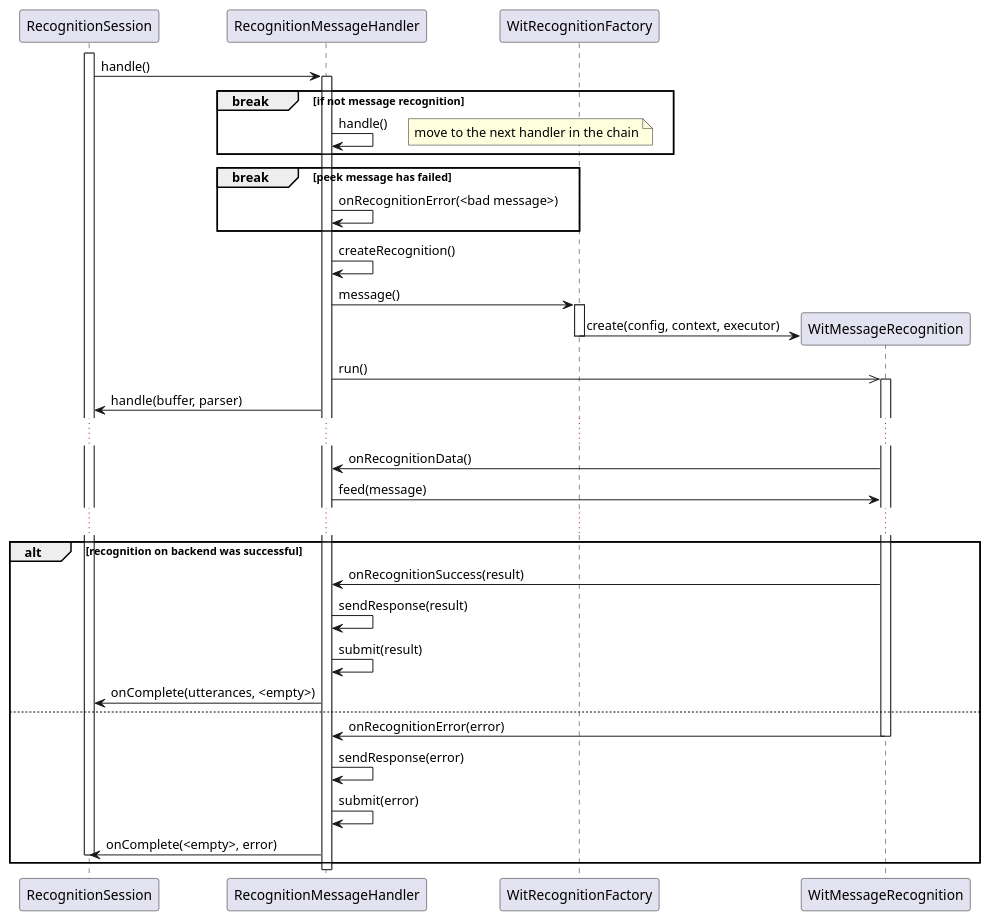
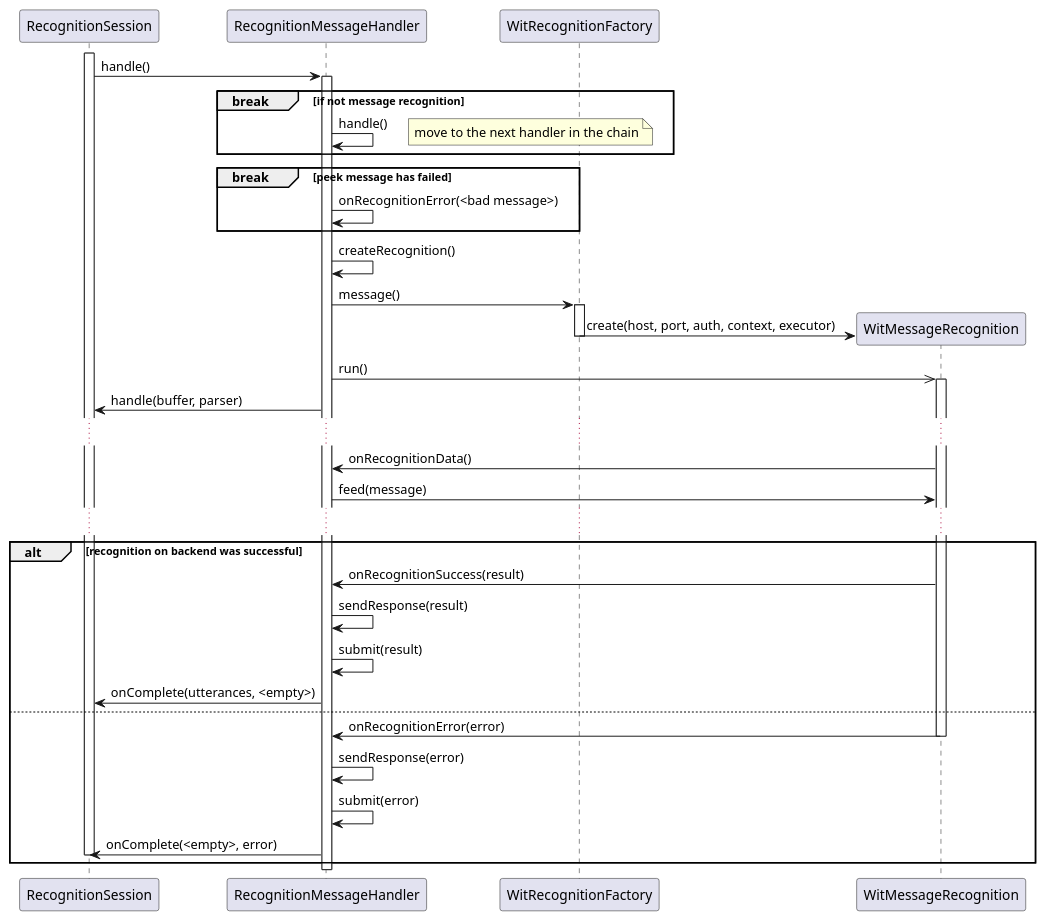
The sixth of 9 diagrams in src/intent/doc/intent.md (denoming/rintento), drawn with PlantUML before and after one commit. The commit also changed other lines of this file, not shown here.

````diff
--- a/src/intent/doc/intent.md
+++ b/src/intent/doc/intent.md
@@ -197,49 +207,49 @@
 ```plantuml
 @startuml
 
 participant RecognitionSession
 participant RecognitionMessageHandler
 participant WitRecognitionFactory
 participant WitMessageRecognition
 
 activate RecognitionSession
 RecognitionSession -> RecognitionMessageHandler : handle()
 activate RecognitionMessageHandler
 break if not message recognition
     RecognitionMessageHandler -> RecognitionMessageHandler : handle()
     note right: move to the next handler in the chain
 end
 break peek message has failed
     RecognitionMessageHandler -> RecognitionMessageHandler : onRecognitionError(<bad message>)
 end
 RecognitionMessageHandler -> RecognitionMessageHandler : createRecognition()
 RecognitionMessageHandler -> WitRecognitionFactory : message()
 activate WitRecognitionFactory
 create WitMessageRecognition
-WitRecognitionFactory -> WitMessageRecognition : create(config, context, executor)
+WitRecognitionFactory -> WitMessageRecognition : create(host, port, auth, context, executor)
 deactivate WitRecognitionFactory
 RecognitionMessageHandler ->> WitMessageRecognition : run()
 
 activate WitMessageRecognition
 RecognitionSession <- RecognitionMessageHandler : handle(buffer, parser)
 ...
 WitMessageRecognition -> RecognitionMessageHandler : onRecognitionData()
 RecognitionMessageHandler -> WitMessageRecognition : feed(message)
 ...
 alt recognition on backend was successful
     WitMessageRecognition -> RecognitionMessageHandler : onRecognitionSuccess(result)
     RecognitionMessageHandler -> RecognitionMessageHandler : sendResponse(result)
     RecognitionMessageHandler -> RecognitionMessageHandler : submit(result)
     RecognitionSession <- RecognitionMessageHandler : onComplete(utterances, <empty>)
 else
     WitMessageRecognition -> RecognitionMessageHandler : onRecognitionError(error)
     deactivate WitMessageRecognition
     RecognitionMessageHandler -> RecognitionMessageHandler : sendResponse(error)
     RecognitionMessageHandler -> RecognitionMessageHandler : submit(error)
     RecognitionSession <- RecognitionMessageHandler : onComplete(<empty>, error)
     deactivate RecognitionSession
 end
 deactivate RecognitionMessageHandler
 
 @enduml
 ```
````
